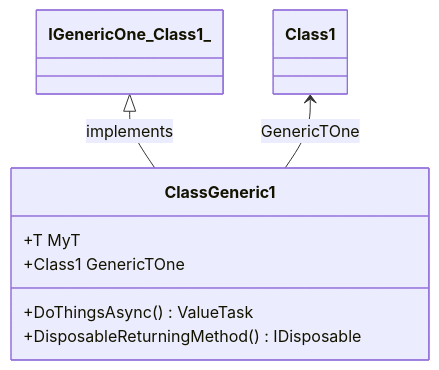
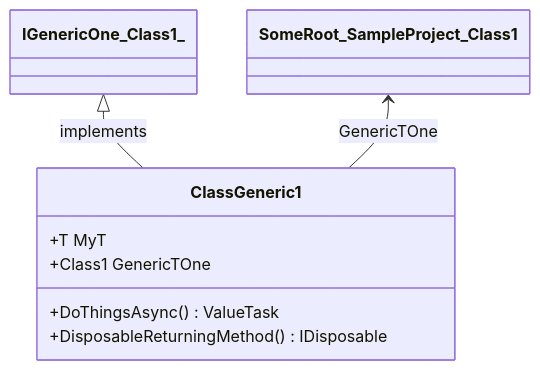
Before and after one commit to erichiller/gh-action-cs-metrics: the third of 7 diagrams in test/SampleProject/CODE_METRICS.md, drawn with Mermaid. The commit also changed other lines of this file, not shown here.

````diff
--- a/test/SampleProject/CODE_METRICS.md
+++ b/test/SampleProject/CODE_METRICS.md
@@ -236,15 +236,15 @@
 ```mermaid
 %%{init: {
     'fontFamily': 'monospace'
 } }%%
 classDiagram
 IGenericOne_Class1_ <|-- SomeRoot_SampleProject_ClassGeneric1_T_ : implements
-Class1 <-- SomeRoot_SampleProject_ClassGeneric1_T_ : GenericTOne
+SomeRoot_SampleProject_Class1 <-- SomeRoot_SampleProject_ClassGeneric1_T_ : GenericTOne
 class SomeRoot_SampleProject_ClassGeneric1_T_ ["ClassGeneric1"] {
     +T MyT
     +Class1 GenericTOne
     +DoThingsAsync() ValueTask
     +DisposableReturningMethod() IDisposable
 }
 
 ```
````
